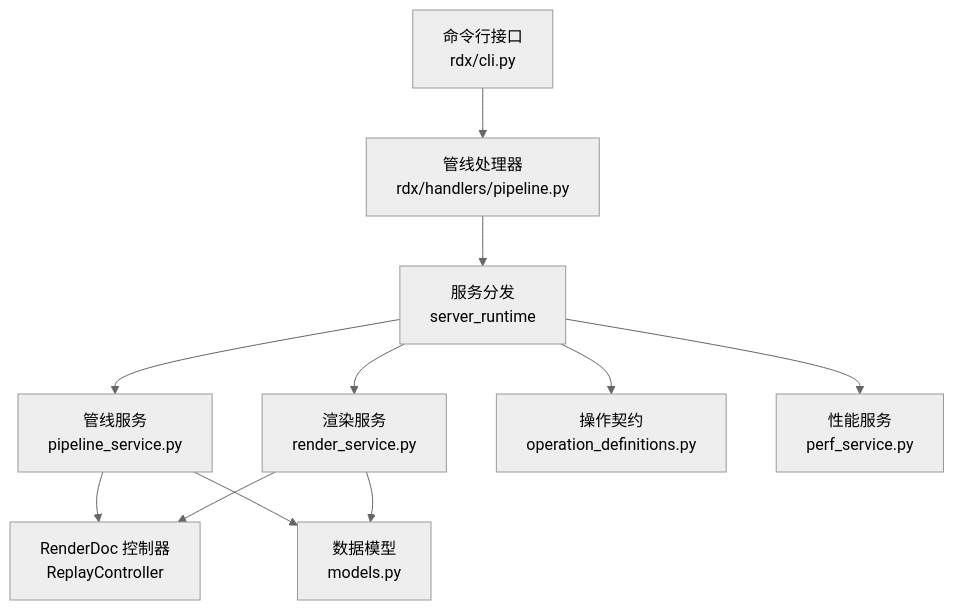
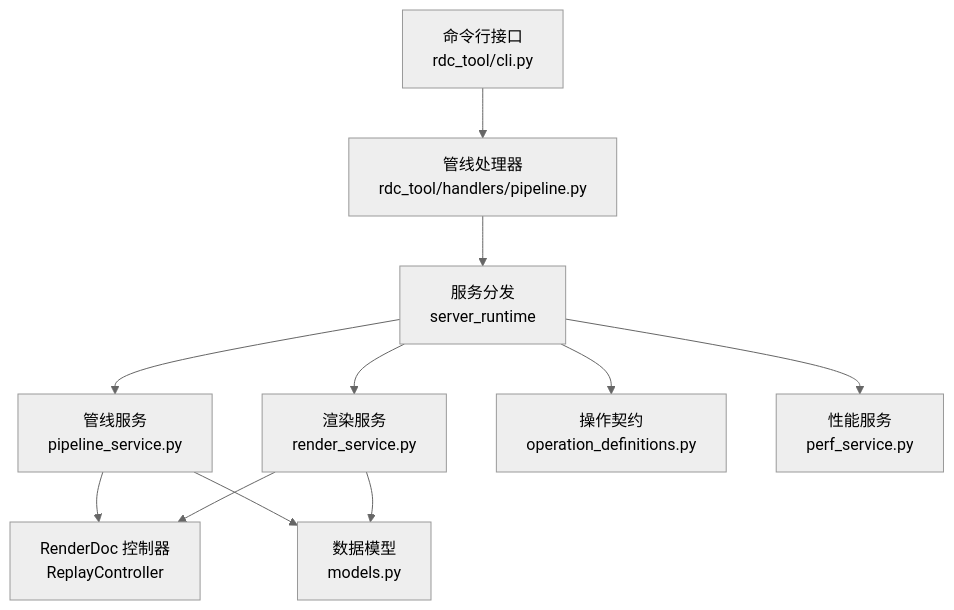
The first of 3 diagrams in .qoder/repowiki/zh/content/核心概念/管线状态/管线阶段详解.md (haolange/RDC-Tool), drawn with Mermaid (neutral theme) before and after one commit. The commit also changed other lines of this file and 388 other files, not shown here.

First line of the commit message:
Release RDC-Tool identity and public maintenance surface

````diff
--- a/.qoder/repowiki/zh/content/核心概念/管线状态/管线阶段详解.md
+++ b/.qoder/repowiki/zh/content/核心概念/管线状态/管线阶段详解.md
@@ -39,13 +39,13 @@
 ```mermaid
 graph TB
-CLI["命令行接口<br/>rdx/cli.py"] --> Handler["管线处理器<br/>rdx/handlers/pipeline.py"]
+CLI["命令行接口<br/>rdc_tool/cli.py"] --> Handler["管线处理器<br/>rdc_tool/handlers/pipeline.py"]
 Handler --> Runtime["服务分发<br/>server_runtime"]
 Runtime --> PS["管线服务<br/>pipeline_service.py"]
 Runtime --> RS["渲染服务<br/>render_service.py"]
 PS --> RD["RenderDoc 控制器<br/>ReplayController"]
 RS --> RD
 PS --> Models["数据模型<br/>models.py"]
 RS --> Models
 Runtime --> Ops["操作契约<br/>operation_definitions.py"]
 Runtime --> Perf["性能服务<br/>perf_service.py"]
 ```
````
